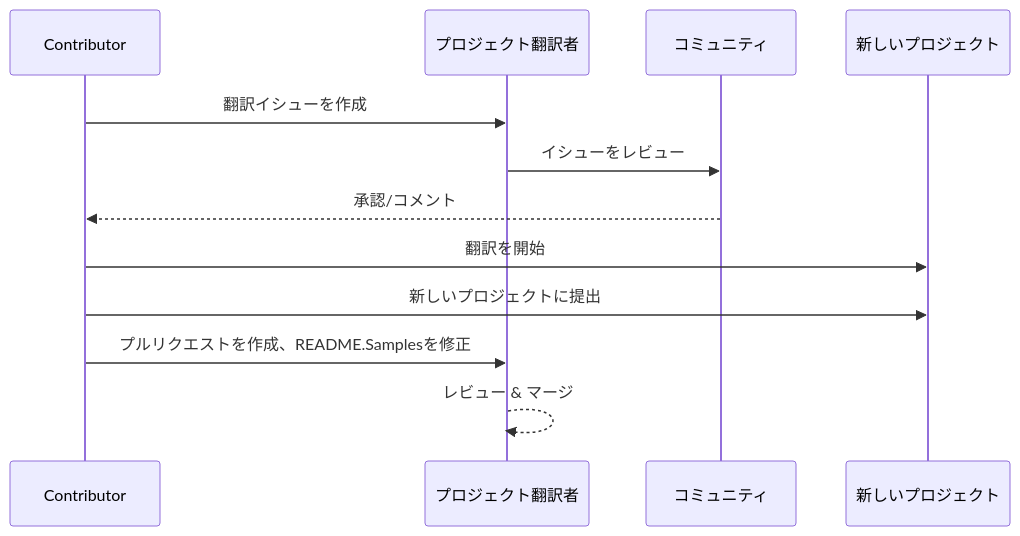
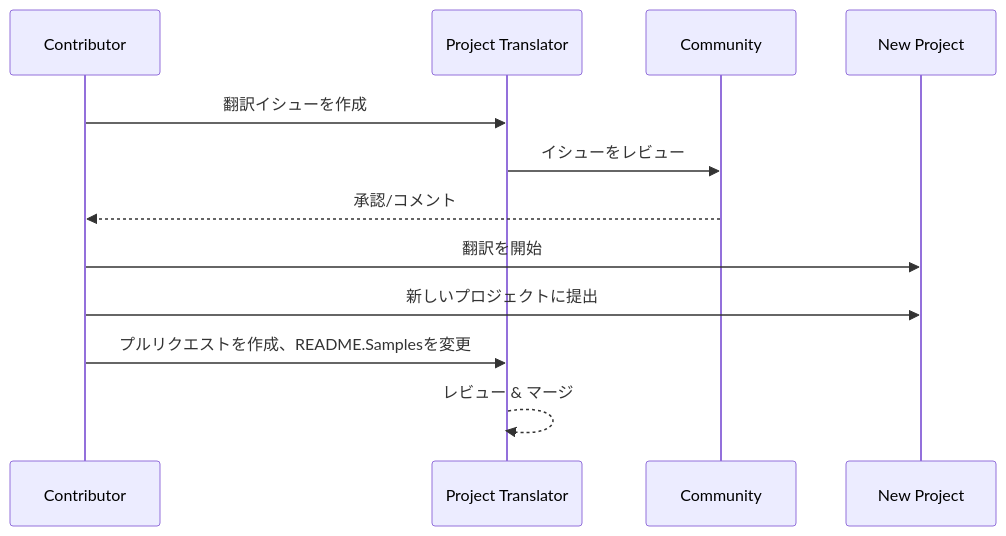
The diagram in readmes/README.ja-jp.md (Project-Translation/project_translator), drawn with Mermaid before and after one commit. The commit also changed other lines of this file and 36 other files, not shown here.

````diff
--- a/readmes/README.ja-jp.md
+++ b/readmes/README.ja-jp.md
@@ -42,10 +42,10 @@
 ```mermaid
 sequenceDiagram
-  Contributor->>プロジェクト翻訳者: 翻訳イシューを作成
-  プロジェクト翻訳者->>コミュニティ: イシューをレビュー
-  コミュニティ-->>Contributor: 承認/コメント
-  Contributor->>新しいプロジェクト: 翻訳を開始
-  Contributor->>新しいプロジェクト: 新しいプロジェクトに提出
-  Contributor->>プロジェクト翻訳者: プルリクエストを作成、README.Samplesを修正
-  プロジェクト翻訳者-->>プロジェクト翻訳者: レビュー & マージ
+  Contributor->>Project Translator: 翻訳イシューを作成
+  Project Translator->>Community: イシューをレビュー
+  Community-->>Contributor: 承認/コメント
+  Contributor->>New Project: 翻訳を開始
+  Contributor->>New Project: 新しいプロジェクトに提出
+  Contributor->>Project Translator: プルリクエストを作成、README.Samplesを変更
+  Project Translator-->>Project Translator: レビュー & マージ
 ```
````
